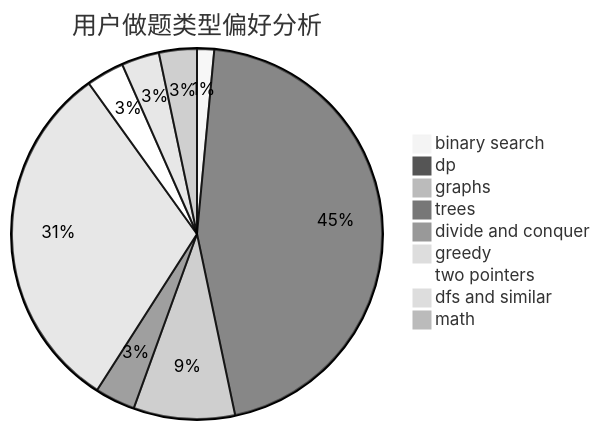
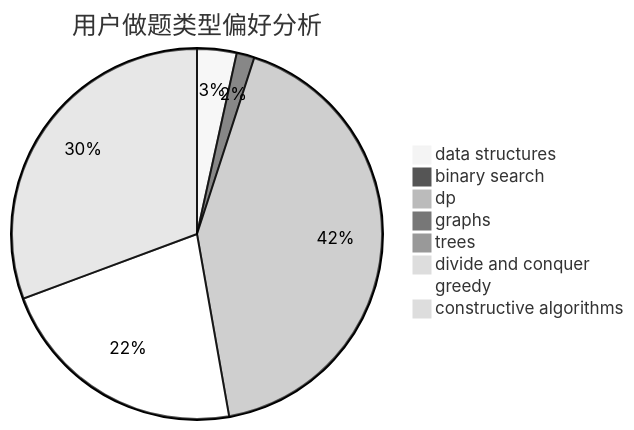
The second of 3 diagrams in docs/user/u1794.md (sherpahu/cfrs.github.io), drawn with Mermaid (neutral theme) before and after one commit. The commit also changed other lines of this file and 2775 other files, not shown here.

````diff
--- a/docs/user/u1794.md
+++ b/docs/user/u1794.md
@@ -23,12 +23,11 @@
 ```mermaid
 pie title 用户做题类型偏好分析
+    "data structures" :  31
     "binary search" :  14
-    "dp" :  424
-    "graphs" :  83
-    "trees" :  33
-    "divide and conquer" :  8
-    "greedy" :  291
-    "two pointers" :  31
-    "dfs and similar" :  31
-    "math" :  31
+    "dp" :  380
+    "graphs" :  4
+    "trees" :  6
+    "divide and conquer" :  0
+    "greedy" :  199
+    "constructive algorithms" :  276
 ```
````
